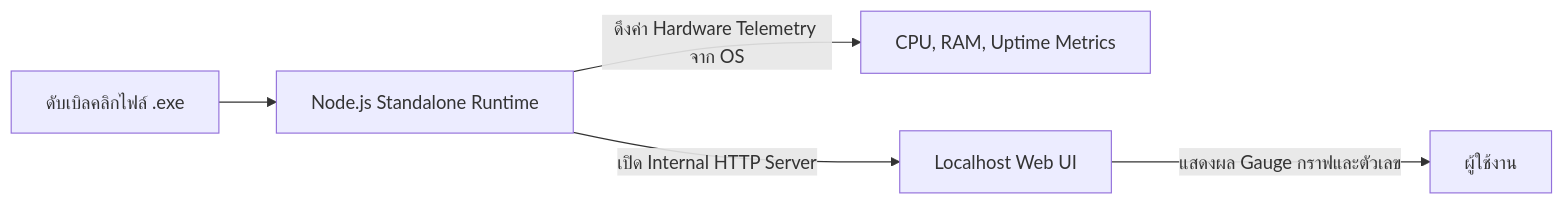
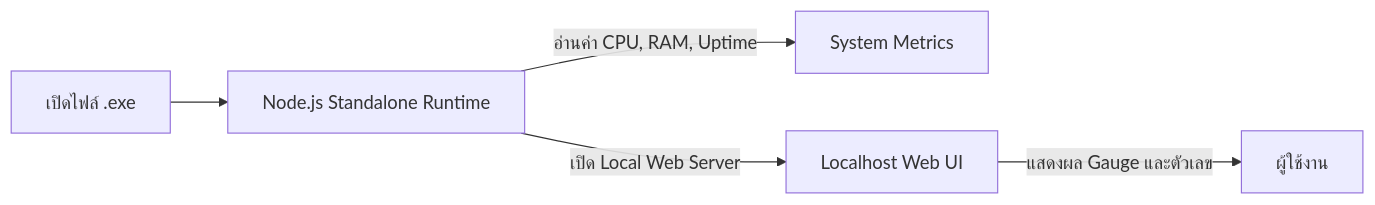
One commit to FANG9356/MyProject changed the eighth of 9 diagrams in README.md. Above: the diagram before and after it, drawn with Mermaid. The commit also changed other lines of this file and 1 other file, not shown here.

````diff
--- a/README.md
+++ b/README.md
@@ -377,7 +332,7 @@
 ```mermaid
 flowchart LR
- A[ดับเบิลคลิกไฟล์ .exe] --> B[Node.js Standalone Runtime]
- B -->|ดึงค่า Hardware Telemetry จาก OS| C[CPU, RAM, Uptime Metrics]
- B -->|เปิด Internal HTTP Server| D[Localhost Web UI]
- D -->|แสดงผล Gauge กราฟและตัวเลข| E[ผู้ใช้งาน]
+  A[เปิดไฟล์ .exe] --> B[Node.js Standalone Runtime]
+  B -->|อ่านค่า CPU, RAM, Uptime| C[System Metrics]
+  B -->|เปิด Local Web Server| D[Localhost Web UI]
+  D -->|แสดงผล Gauge และตัวเลข| E[ผู้ใช้งาน]
 ```
````
